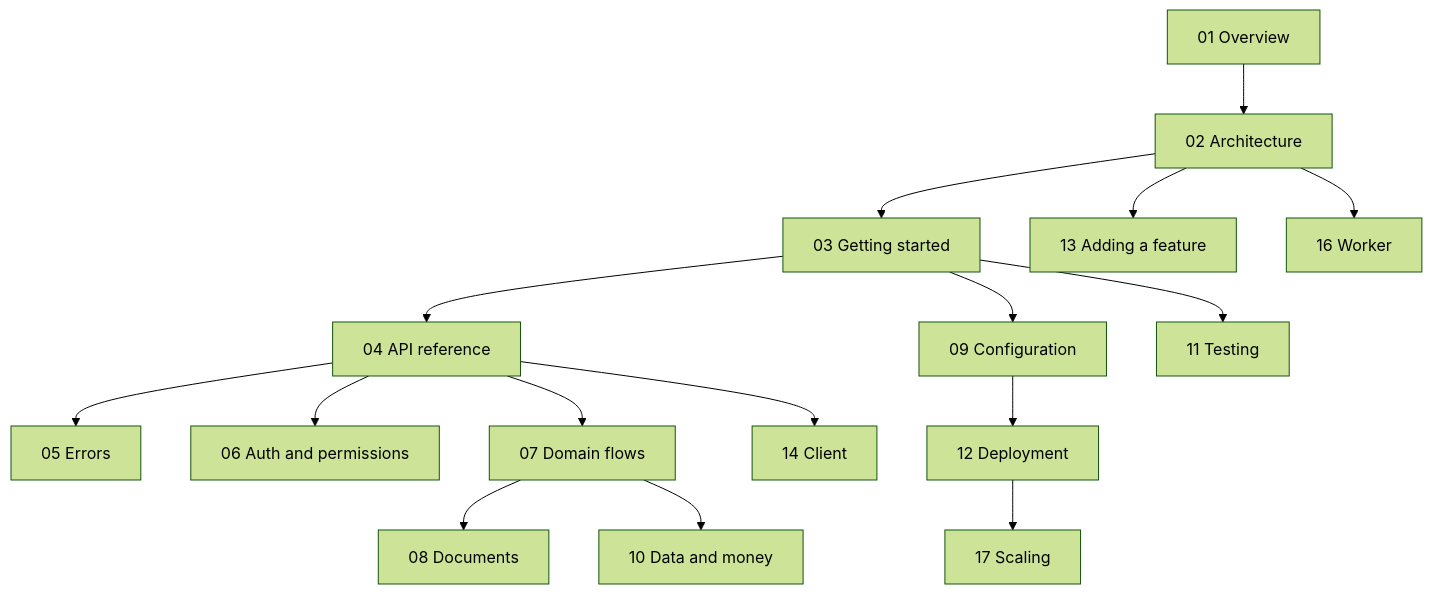
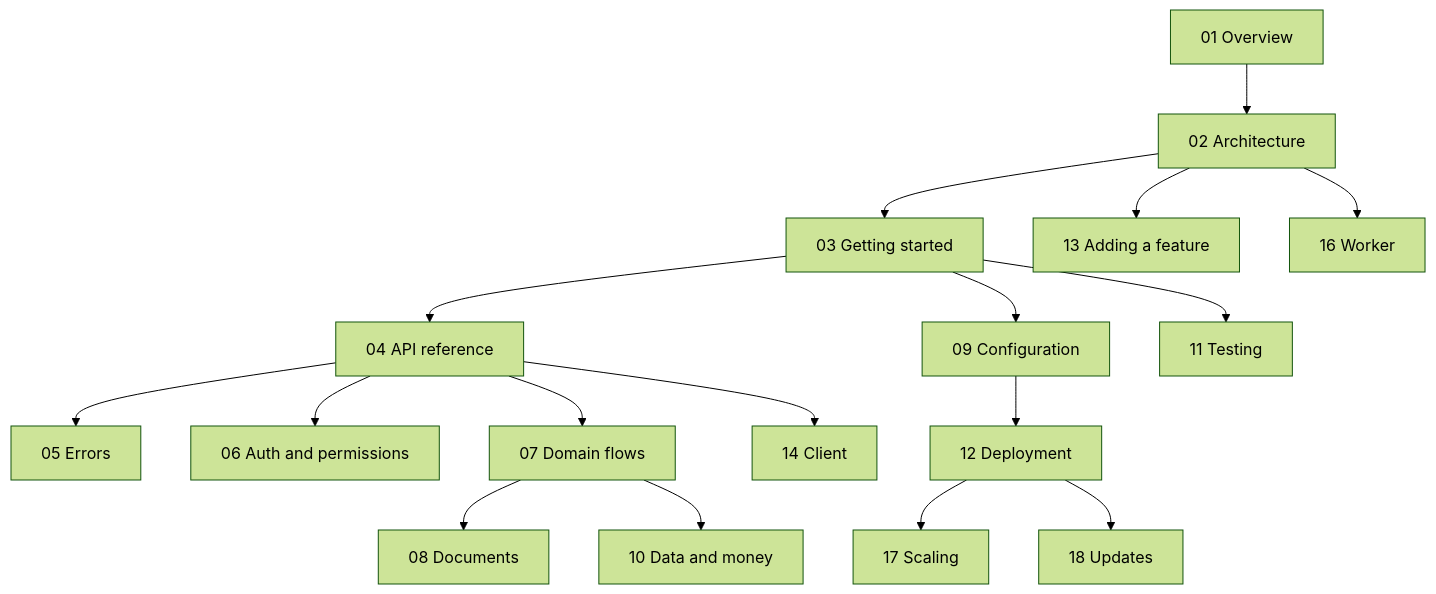
Before and after one commit to mgpl-diagnostics/api: the diagram in docs/README.md, drawn with Mermaid (forest theme). The commit also changed other lines of this file and 25 other files, not shown here.

````diff
--- a/docs/README.md
+++ b/docs/README.md
@@ -5,18 +5,19 @@
 ```mermaid
 flowchart TD
   A["01 Overview"] --> B["02 Architecture"]
   B --> C["03 Getting started"]
   C --> D["04 API reference"]
   D --> E["05 Errors"]
   D --> F["06 Auth and permissions"]
   D --> G["07 Domain flows"]
   G --> H["08 Documents"]
   C --> I["09 Configuration"]
   G --> J["10 Data and money"]
   C --> K["11 Testing"]
   I --> L["12 Deployment"]
   B --> M["13 Adding a feature"]
   D --> N["14 Client"]
   B --> O["16 Worker"]
   L --> P["17 Scaling"]
+  L --> Q["18 Updates"]
 ```
````
